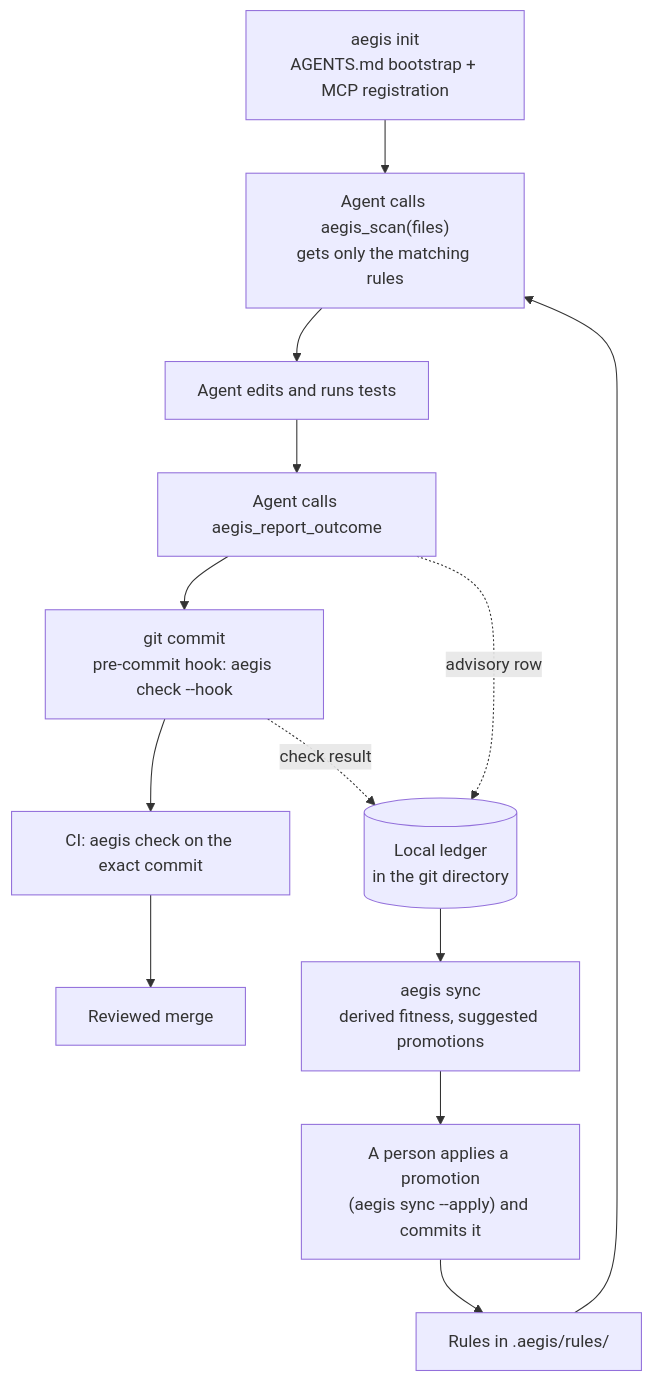
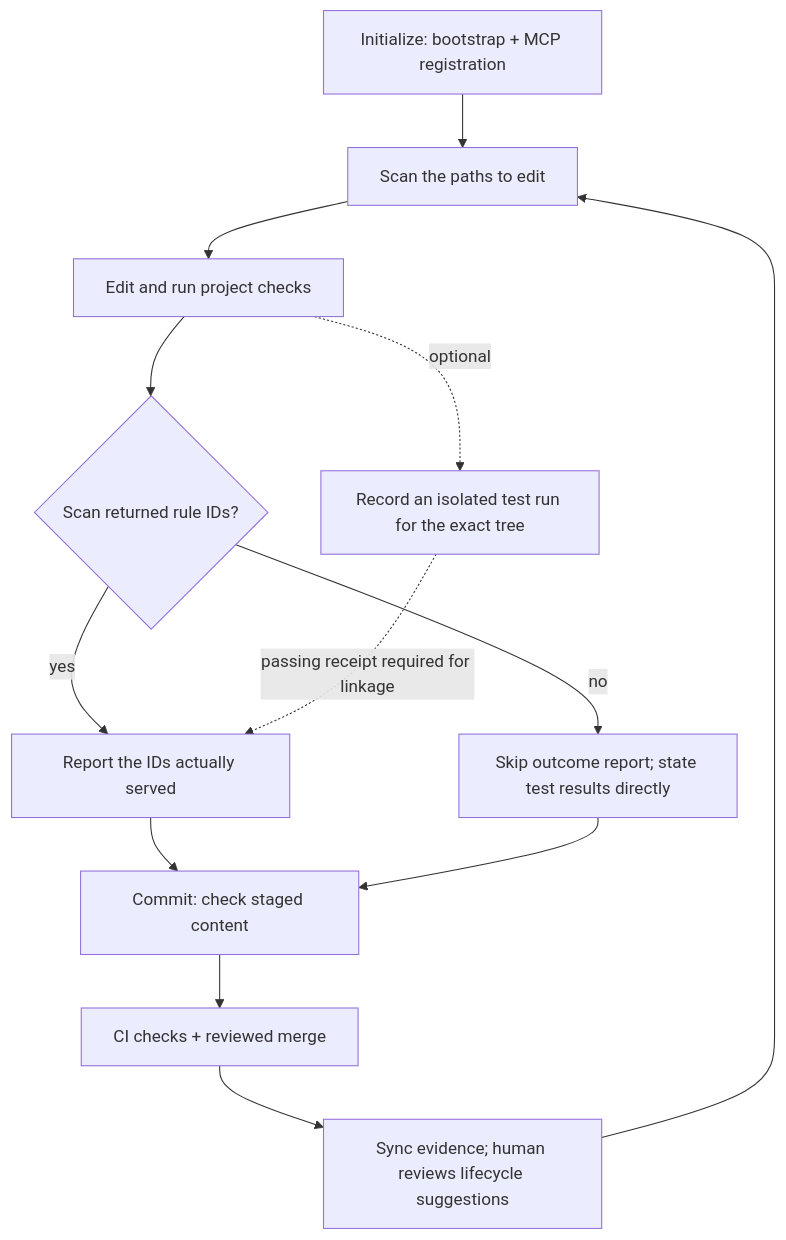
One commit to nseney1/Aegis-Guardrails changed the diagram in docs/how-it-works.md. Above: the diagram before and after it, drawn with Mermaid. The commit also changed other lines of this file and 10 other files, not shown here.

````diff
--- a/docs/how-it-works.md
+++ b/docs/how-it-works.md
@@ -9,15 +9,15 @@
 ```mermaid
 flowchart TD
-    A["aegis init<br/>AGENTS.md bootstrap + MCP registration"] --> B["Agent calls aegis_scan(files)<br/>gets only the matching rules"]
-    B --> C["Agent edits and runs tests"]
-    C --> D["Agent calls aegis_report_outcome"]
-    D --> E["git commit<br/>pre-commit hook: aegis check --hook"]
-    E --> F["CI: aegis check on the exact commit"]
-    F --> G["Reviewed merge"]
-    D -. "advisory row" .-> L[("Local ledger<br/>in the git directory")]
-    E -. "check result" .-> L
-    L --> S["aegis sync<br/>derived fitness, suggested promotions"]
-    S --> P["A person applies a promotion<br/>(aegis sync --apply) and commits it"]
-    P --> R["Rules in .aegis/rules/"]
-    R --> B
+    A["Initialize: bootstrap + MCP registration"] --> B["Scan the paths to edit"]
+    B --> C["Edit and run project checks"]
+    C --> D{"Scan returned rule IDs?"}
+    D -- yes --> E["Report the IDs actually served"]
+    D -- no --> F["Skip outcome report; state test results directly"]
+    E --> G["Commit: check staged content"]
+    F --> G
+    C -. optional .-> R["Record an isolated test run for the exact tree"]
+    R -. passing receipt required for linkage .-> E
+    G --> H["CI checks + reviewed merge"]
+    H --> I["Sync evidence; human reviews lifecycle suggestions"]
+    I --> B
 ```
````
